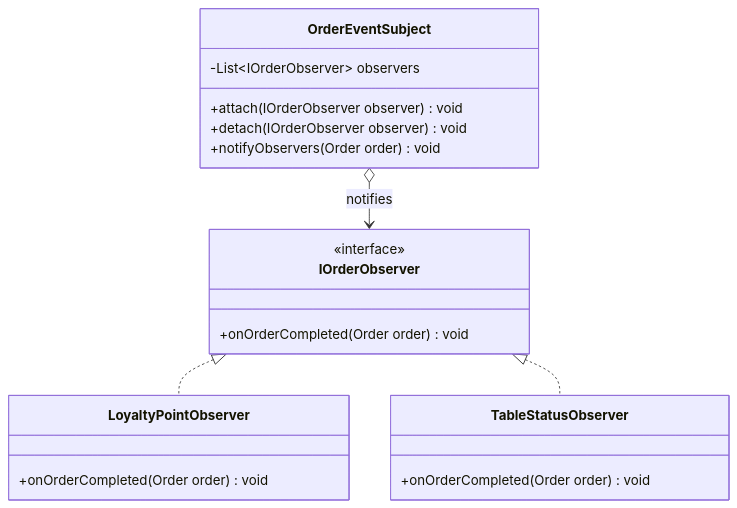
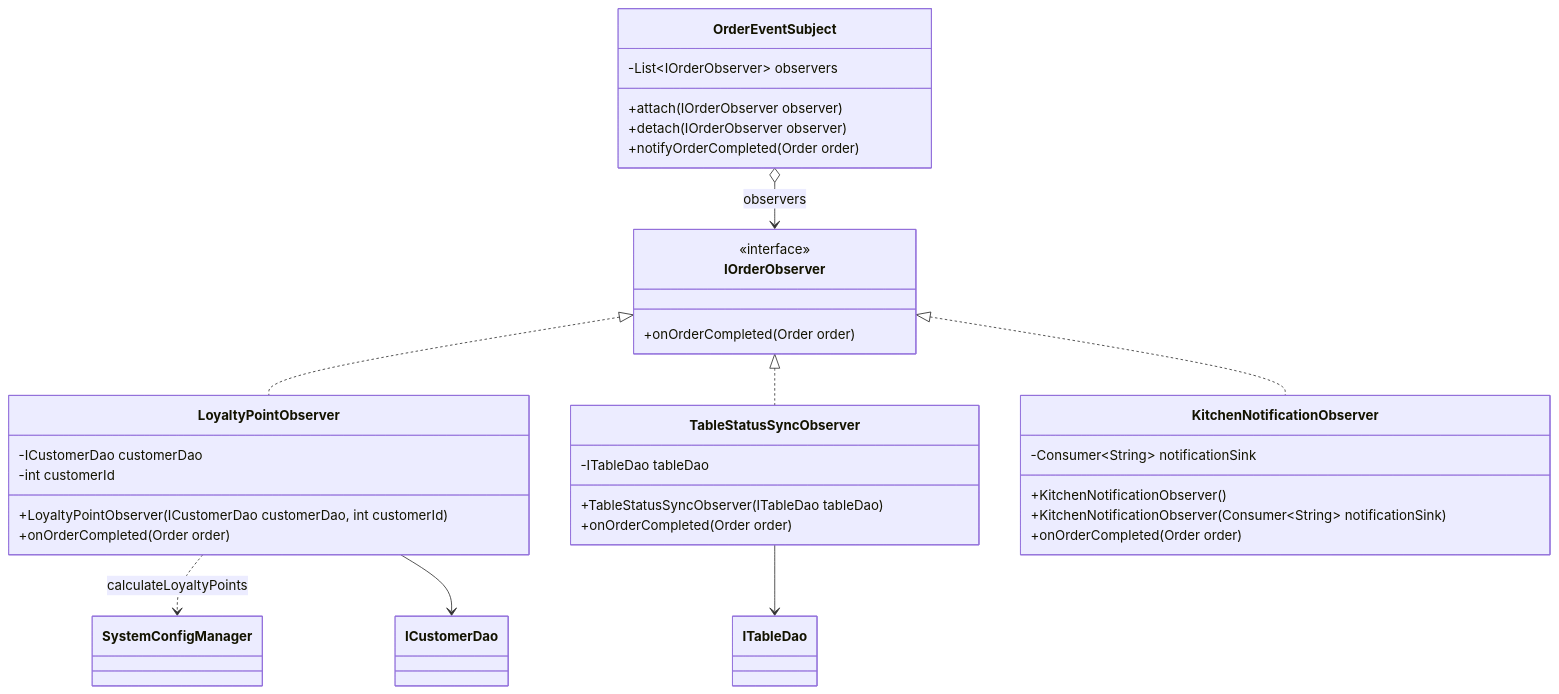
The eighth of 8 diagrams in docs/DESIGN_PATTERNS_SPEC.md (HubertPhung/WebQuanLyQuanCafe-DesignPatterns), drawn with Mermaid before and after one commit. The commit also changed other lines of this file, not shown here.

First line of the commit message:
docs: align Builder and Observer UML with implemented classes (#15)

````diff
--- a/docs/DESIGN_PATTERNS_SPEC.md
+++ b/docs/DESIGN_PATTERNS_SPEC.md
@@ -1182,26 +1160,42 @@
 ```mermaid
 classDiagram
+    class OrderEventSubject {
+        -List~IOrderObserver~ observers
+        +attach(IOrderObserver observer)
+        +detach(IOrderObserver observer)
+        +notifyOrderCompleted(Order order)
+    }
+
     class IOrderObserver {
         <<interface>>
-        +onOrderCompleted(Order order) void
-    }
-
-    class OrderEventSubject {
-        -List~IOrderObserver~ observers
-        +attach(IOrderObserver observer) void
-        +detach(IOrderObserver observer) void
-        +notifyObservers(Order order) void
+        +onOrderCompleted(Order order)
     }
 
     class LoyaltyPointObserver {
-        +onOrderCompleted(Order order) void
+        -ICustomerDao customerDao
+        -int customerId
+        +LoyaltyPointObserver(ICustomerDao customerDao, int customerId)
+        +onOrderCompleted(Order order)
     }
 
-    class TableStatusObserver {
-        +onOrderCompleted(Order order) void
+    class TableStatusSyncObserver {
+        -ITableDao tableDao
+        +TableStatusSyncObserver(ITableDao tableDao)
+        +onOrderCompleted(Order order)
     }
 
+    class KitchenNotificationObserver {
+        -Consumer~String~ notificationSink
+        +KitchenNotificationObserver()
+        +KitchenNotificationObserver(Consumer~String~ notificationSink)
+        +onOrderCompleted(Order order)
+    }
+
+    OrderEventSubject o--> IOrderObserver : observers
     IOrderObserver <|.. LoyaltyPointObserver
-    IOrderObserver <|.. TableStatusObserver
-    OrderEventSubject o--> IOrderObserver : notifies
+    IOrderObserver <|.. TableStatusSyncObserver
+    IOrderObserver <|.. KitchenNotificationObserver
+    LoyaltyPointObserver ..> SystemConfigManager : calculateLoyaltyPoints
+    LoyaltyPointObserver --> ICustomerDao
+    TableStatusSyncObserver --> ITableDao
 ```
````
